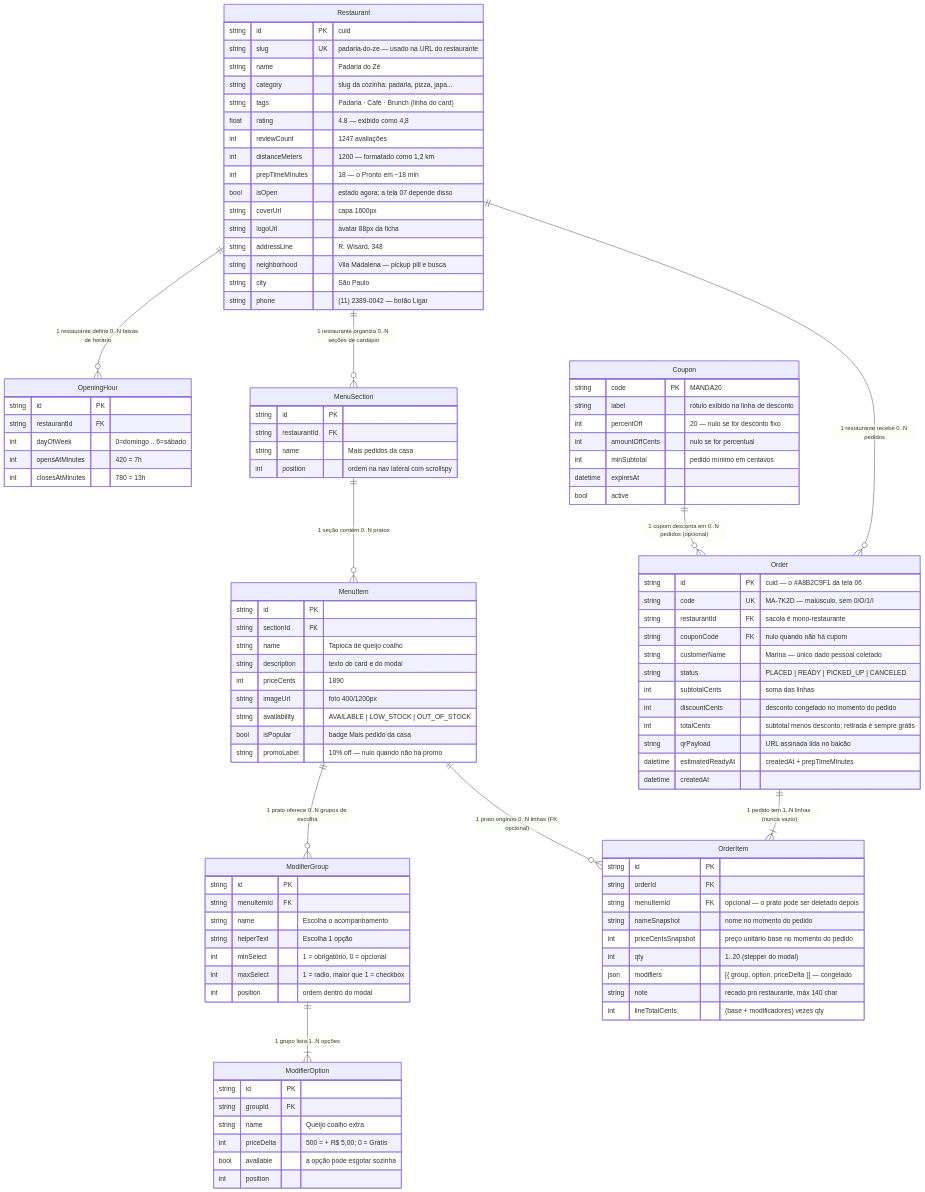
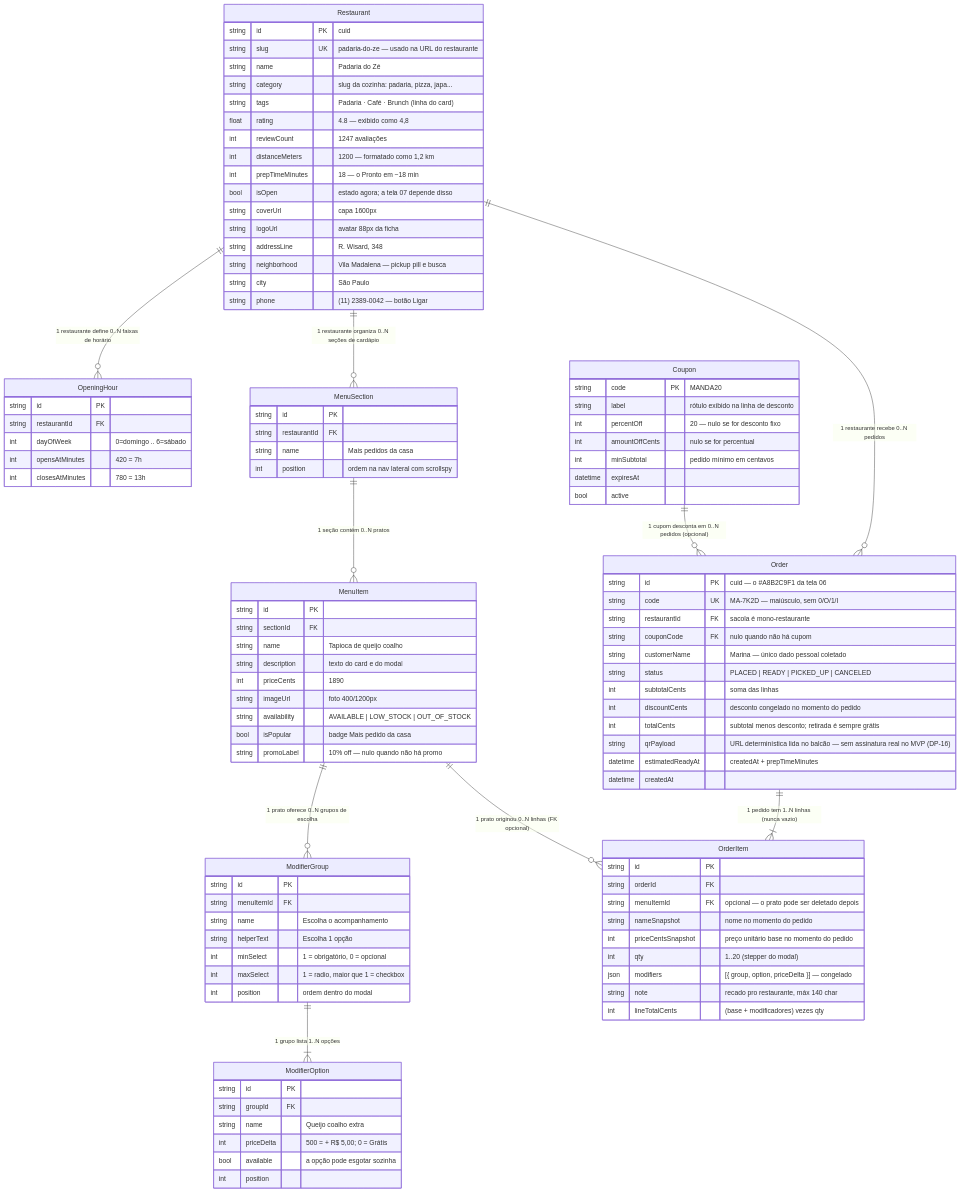
Before and after one commit to Guitor-92/mandai_V2: the diagram in docs/erd.md, drawn with Mermaid. The commit also changed 41 other files, not shown here.

```diff
--- a/docs/erd.md
+++ b/docs/erd.md
@@ -104,7 +104,7 @@
     int      subtotalCents    "soma das linhas"
     int      discountCents    "desconto congelado no momento do pedido"
     int      totalCents       "subtotal menos desconto; retirada é sempre grátis"
-    string   qrPayload        "URL assinada lida no balcão"
+    string   qrPayload        "URL determinística lida no balcão — sem assinatura real no MVP (DP-16)"
     datetime estimatedReadyAt "createdAt + prepTimeMinutes"
     datetime createdAt
   }
```
